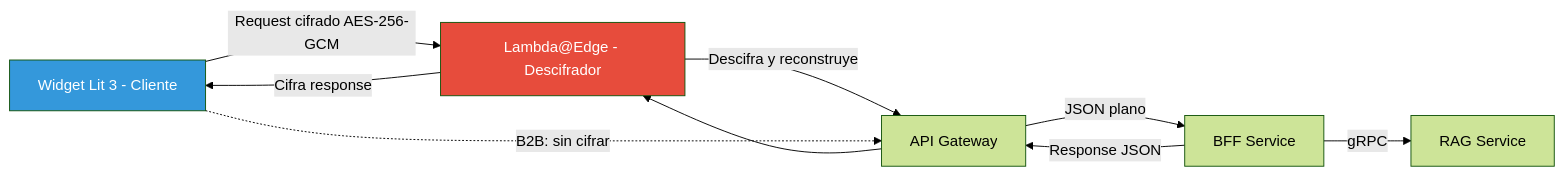
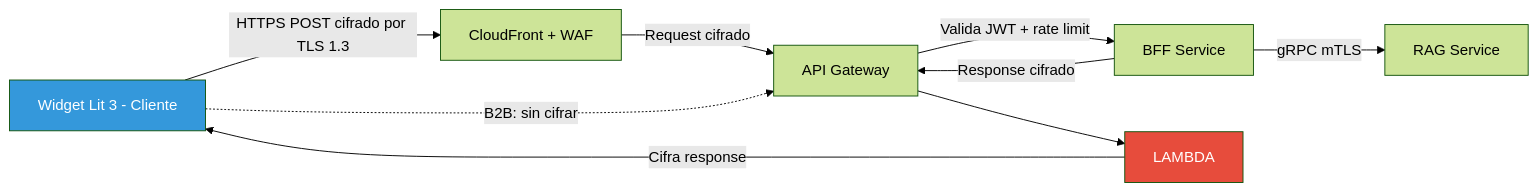
The fifth of 9 diagrams in docs/propuesta_tecnologica.md (johnruedal96/capillas), drawn with Mermaid (forest theme) before and after one commit. The commit also changed other lines of this file and 1 other file, not shown here.

````diff
--- a/docs/propuesta_tecnologica.md
+++ b/docs/propuesta_tecnologica.md
@@ -238,20 +238,20 @@
 ```mermaid
 graph LR
     WIDGET[Widget Lit 3 - Cliente]
-    LAMBDA["Lambda@Edge - Descifrador"]
+    CF[CloudFront + WAF]
     GW[API Gateway]
     BFF[BFF Service]
     RAG[RAG Service]
 
-    WIDGET -->|Request cifrado AES-256-GCM| LAMBDA
-    LAMBDA -->|Descifra y reconstruye| GW
-    GW -->|JSON plano| BFF
-    BFF -->|gRPC| RAG
-    BFF -->|Response JSON| GW
+    WIDGET -->|HTTPS POST cifrado por TLS 1.3| CF
+    CF -->|Request cifrado| GW
+    GW -->|Valida JWT + rate limit| BFF
+    BFF -->|gRPC mTLS| RAG
+    BFF -->|Response cifrado| GW
     GW --> LAMBDA
     LAMBDA -->|Cifra response| WIDGET
     WIDGET -.->|B2B: sin cifrar| GW
 
     style LAMBDA fill:#e74c3c,color:#fff
     style WIDGET fill:#3498db,color:#fff
 ```
````
